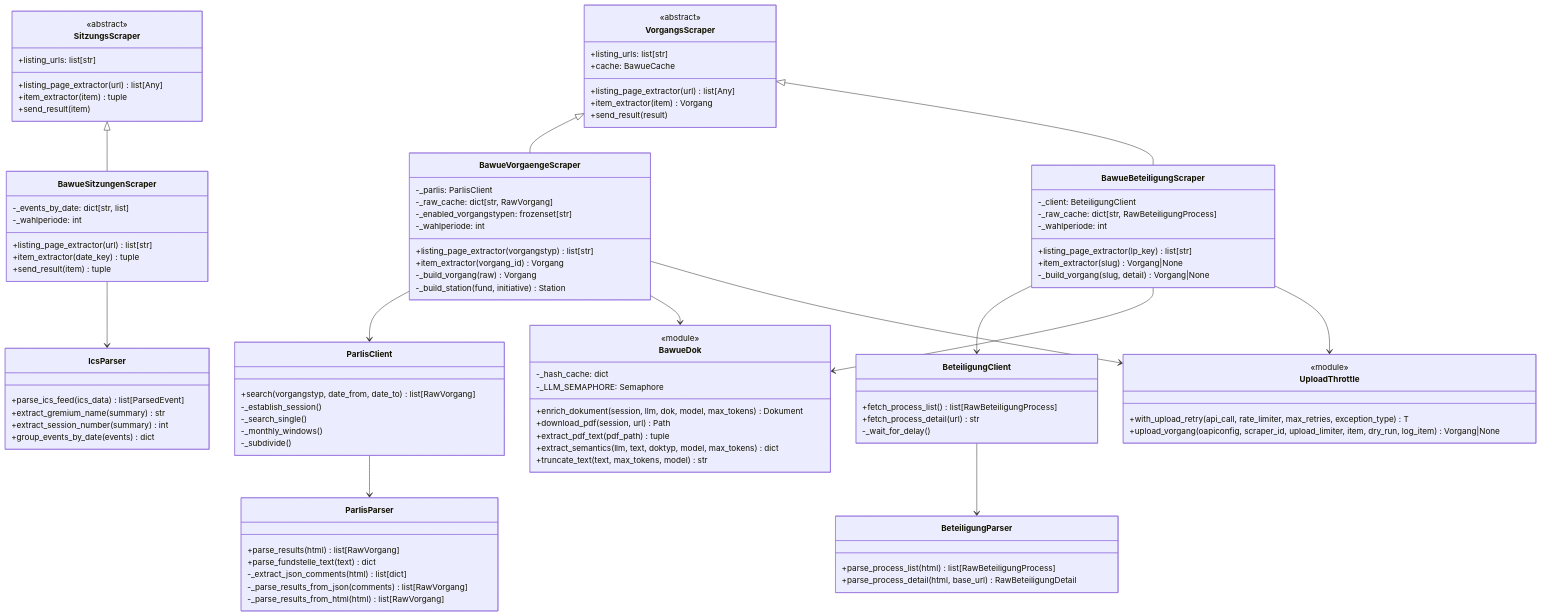
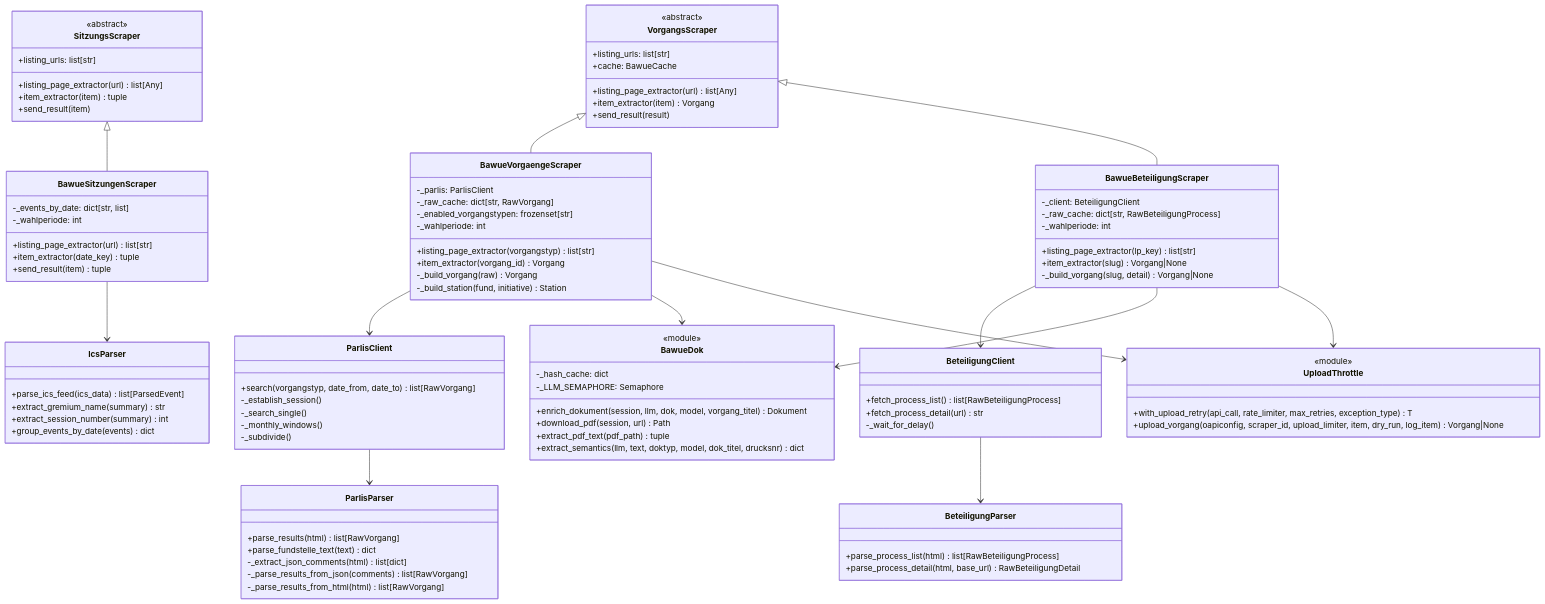
The third of 4 diagrams in docs/architecture.md (Parlamentszusammenfasser/pazufa-scraper-bw), drawn with Mermaid before and after one commit. The commit also changed other lines of this file and 13 other files, not shown here.

```diff
--- a/docs/architecture.md
+++ b/docs/architecture.md
@@ -219,11 +219,10 @@
 
     class BawueDok {
         <<module>>
-        +enrich_dokument(session, llm, dok, model, max_tokens) Dokument
+        +enrich_dokument(session, llm, dok, model, vorgang_titel) Dokument
         +download_pdf(session, url) Path
         +extract_pdf_text(pdf_path) tuple
-        +extract_semantics(llm, text, doktyp, model, max_tokens) dict
-        +truncate_text(text, max_tokens, model) str
+        +extract_semantics(llm, text, doktyp, model, dok_titel, drucksnr) dict
         -_hash_cache: dict
         -_LLM_SEMAPHORE: Semaphore
     }
```
